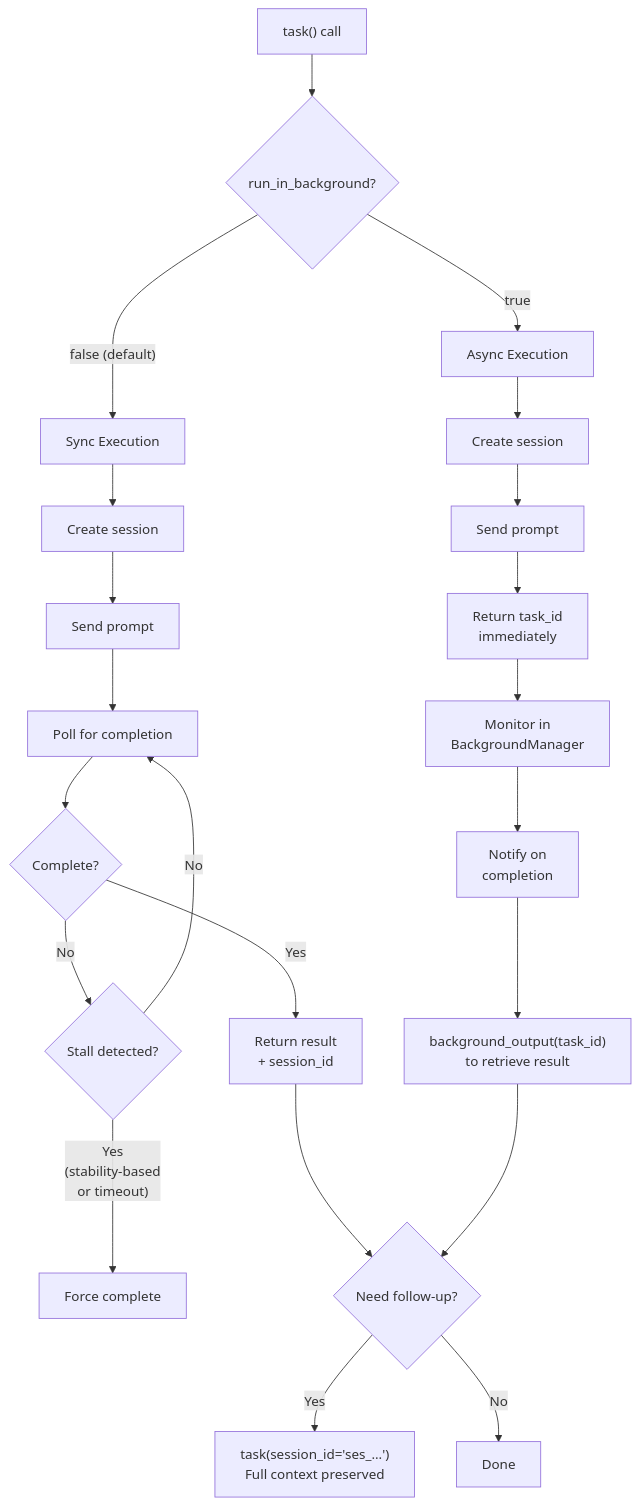
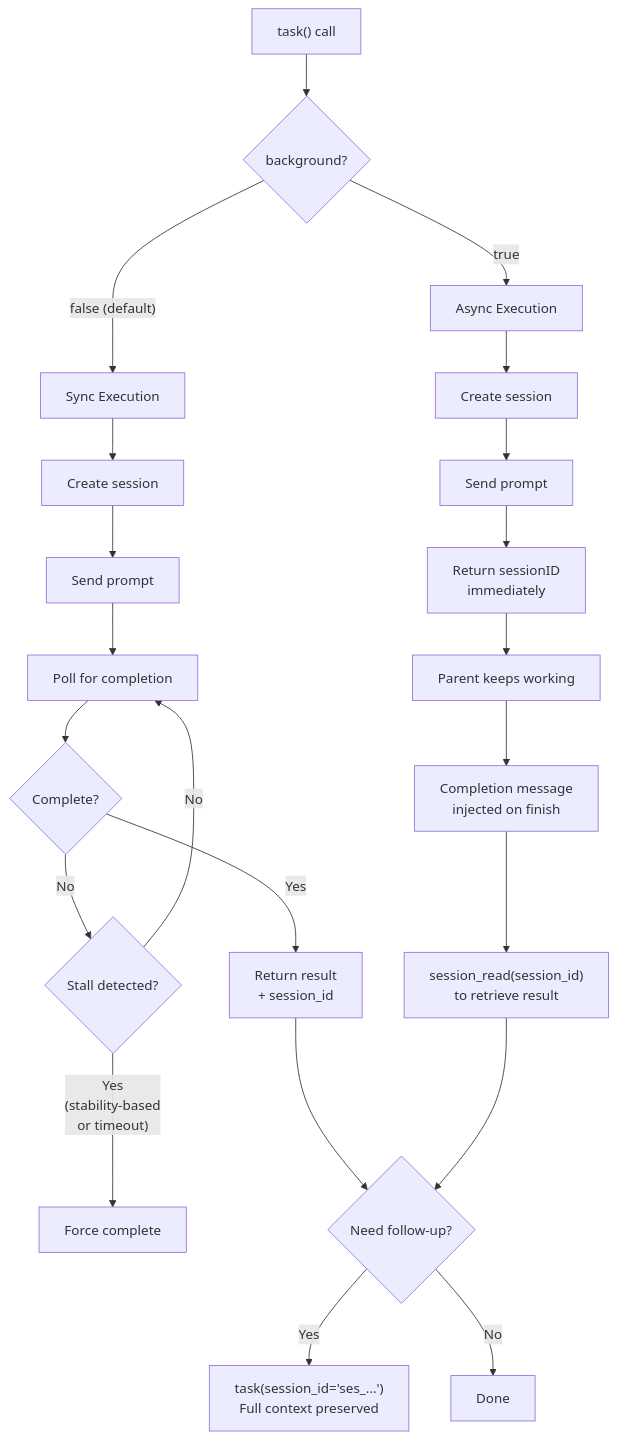
One commit to klpanagi/opencode-matrixx-2 changed the seventh of 7 diagrams in docs/agents.md. Above: the diagram before and after it, drawn with Mermaid. The commit also changed other lines of this file and 27 other files, not shown here.

````diff
--- a/docs/agents.md
+++ b/docs/agents.md
@@ -667,29 +666,29 @@
 ```mermaid
 flowchart TD
     TASK["task() call"]
-    TASK --> MODE{"run_in_background?"}
+    TASK --> MODE{"background?"}
 
     MODE -->|"false (default)"| SYNC["Sync Execution"]
     MODE -->|"true"| ASYNC["Async Execution"]
 
     SYNC --> S1["Create session"]
     S1 --> S2["Send prompt"]
     S2 --> S3["Poll for completion"]
     S3 --> S4{"Complete?"}
     S4 -->|"No"| S5{"Stall detected?"}
     S5 -->|"No"| S3
     S5 -->|"Yes<br/>(stability-based<br/>or timeout)"| S6["Force complete"]
     S4 -->|"Yes"| S7["Return result<br/>+ session_id"]
 
     ASYNC --> A1["Create session"]
     A1 --> A2["Send prompt"]
-    A2 --> A3["Return task_id<br/>immediately"]
-    A3 --> A4["Monitor in<br/>BackgroundManager"]
-    A4 --> A5["Notify on<br/>completion"]
-    A5 --> A6["background_output(task_id)<br/>to retrieve result"]
+    A2 --> A3["Return sessionID<br/>immediately"]
+    A3 --> A4["Parent keeps working"]
+    A4 --> A5["Completion message<br/>injected on finish"]
+    A5 --> A6["session_read(session_id)<br/>to retrieve result"]
 
     S7 --> CONT{"Need follow-up?"}
     A6 --> CONT
     CONT -->|"Yes"| RESUME["task(session_id='ses_...')<br/>Full context preserved"]
     CONT -->|"No"| DONE["Done"]
 ```
````
